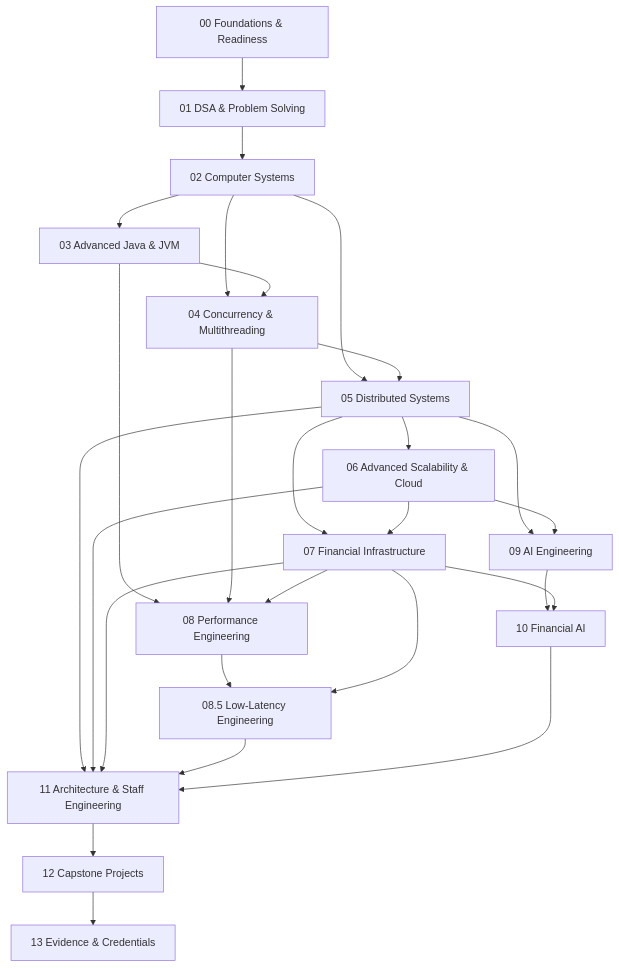
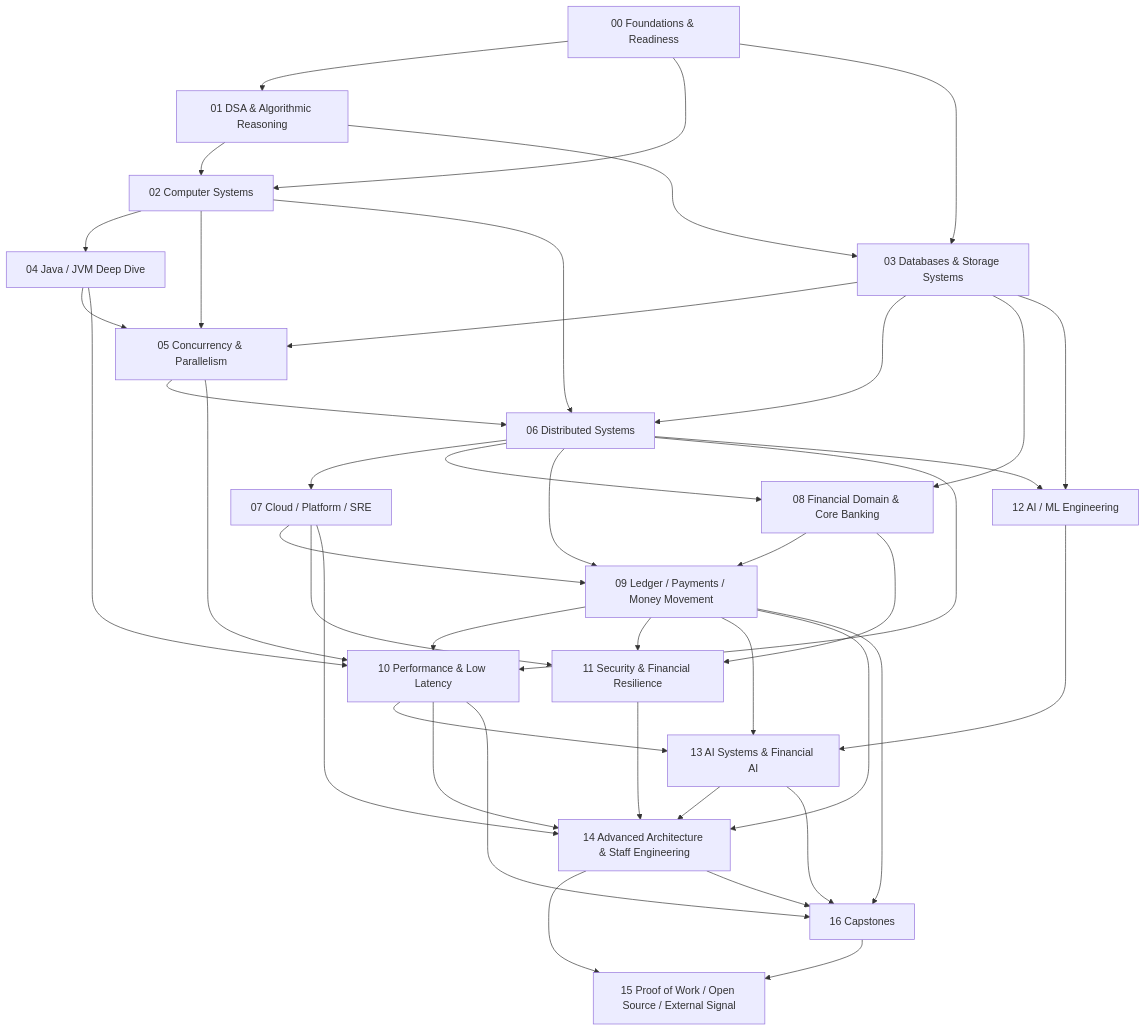
The diagram in ROADMAP.md (Geekers-Joel237/FIE-docs), drawn with Mermaid before and after one commit. The commit also changed other lines of this file, not shown here.

Commit message:
docs: establish v1 comprehensive FIE roadmap

````diff
--- a/ROADMAP.md
+++ b/ROADMAP.md
@@ -24,45 +49,62 @@
 ```mermaid
 flowchart TD
     T00[00 Foundations & Readiness]
-    T01[01 DSA & Problem Solving]
+    T01[01 DSA & Algorithmic Reasoning]
     T02[02 Computer Systems]
-    T03[03 Advanced Java & JVM]
-    T04[04 Concurrency & Multithreading]
-    T05[05 Distributed Systems]
-    T06[06 Advanced Scalability & Cloud]
-    T07[07 Financial Infrastructure]
-    T08[08 Performance Engineering]
-    T085[08.5 Low-Latency Engineering]
-    T09[09 AI Engineering]
-    T10[10 Financial AI]
-    T11[11 Architecture & Staff Engineering]
-    T12[12 Capstone Projects]
-    T13[13 Evidence & Credentials]
+    T03[03 Databases & Storage Systems]
+    T04[04 Java / JVM Deep Dive]
+    T05[05 Concurrency & Parallelism]
+    T06[06 Distributed Systems]
+    T07[07 Cloud / Platform / SRE]
+    T08[08 Financial Domain & Core Banking]
+    T09[09 Ledger / Payments / Money Movement]
+    T10[10 Performance & Low Latency]
+    T11[11 Security & Financial Resilience]
+    T12[12 AI / ML Engineering]
+    T13[13 AI Systems & Financial AI]
+    T14[14 Advanced Architecture & Staff Engineering]
+    T15[15 Proof of Work / Open Source / External Signal]
+    T16[16 Capstones]
 
     T00 --> T01
+    T00 --> T02
+    T00 --> T03
     T01 --> T02
-    T02 --> T03
+    T01 --> T03
     T02 --> T04
-    T03 --> T04
     T02 --> T05
+    T03 --> T05
+    T02 --> T06
+    T03 --> T06
+    T05 --> T06
     T04 --> T05
-    T05 --> T06
+    T06 --> T07
+    T06 --> T08
     T03 --> T08
-    T04 --> T08
-    T08 --> T085
-    T05 --> T07
-    T06 --> T07
-    T07 --> T08
-    T07 --> T085
-    T05 --> T09
+    T08 --> T09
     T06 --> T09
+    T07 --> T09
+    T04 --> T10
+    T05 --> T10
+    T06 --> T10
     T09 --> T10
-    T07 --> T10
-    T05 --> T11
-    T06 --> T11
     T07 --> T11
-    T085 --> T11
-    T10 --> T11
-    T11 --> T12
+    T08 --> T11
+    T09 --> T11
+    T06 --> T12
+    T03 --> T12
     T12 --> T13
+    T09 --> T13
+    T10 --> T13
+    T07 --> T14
+    T09 --> T14
+    T10 --> T14
+    T11 --> T14
+    T13 --> T14
+    T14 --> T15
+    T14 --> T16
+    T09 --> T16
+    T10 --> T16
+    T13 --> T16
+    T16 --> T15
 ```
````
